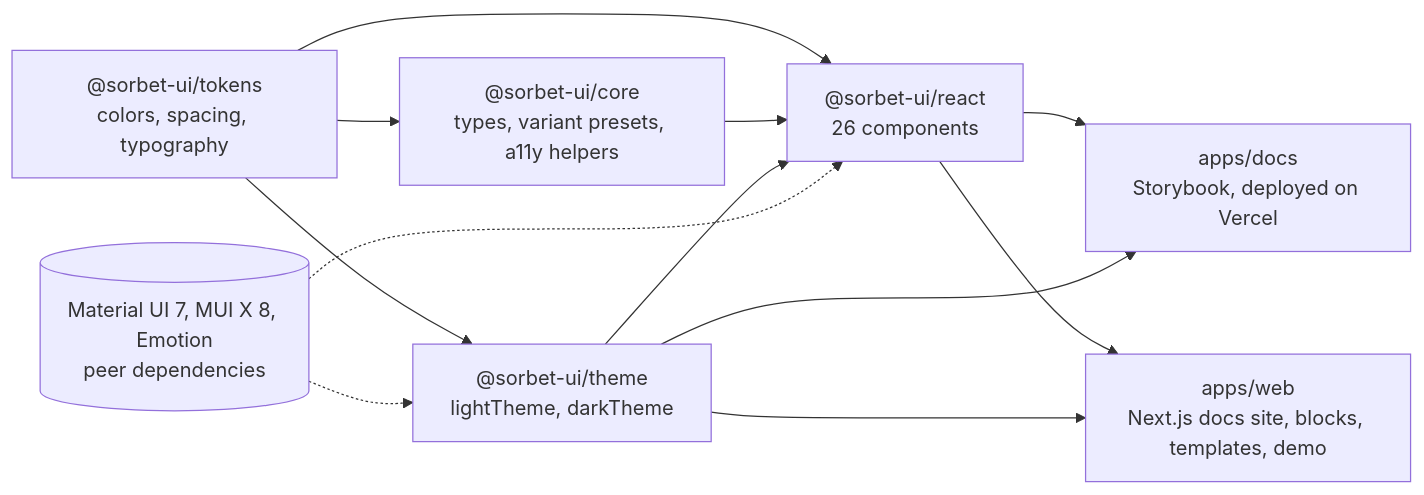
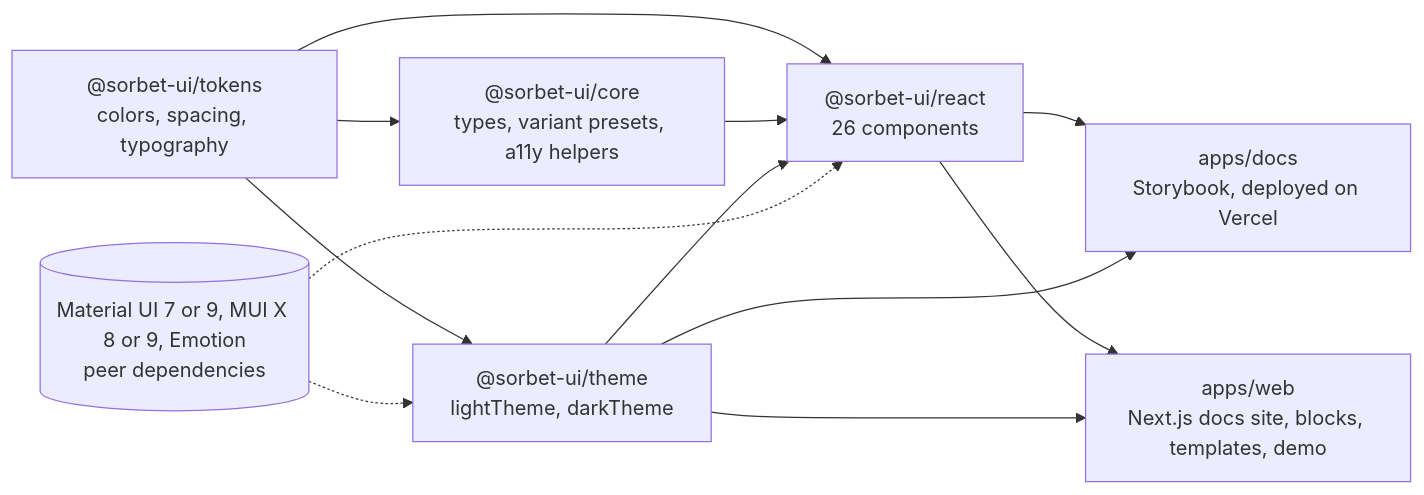
One commit to tahmidbintaslim/sorbet-ui changed the diagram in README.md. Above: the diagram before and after it, drawn with Mermaid. The commit also changed other lines of this file and 4 other files, not shown here.

````diff
--- a/README.md
+++ b/README.md
@@ -214,22 +214,22 @@
 ```mermaid
 flowchart LR
   tokens["@sorbet-ui/tokens<br/>colors, spacing, typography"]
   core["@sorbet-ui/core<br/>types, variant presets, a11y helpers"]
   theme["@sorbet-ui/theme<br/>lightTheme, darkTheme"]
   react["@sorbet-ui/react<br/>26 components"]
-  mui[("Material UI 7, MUI X 8, Emotion<br/>peer dependencies")]
+  mui[("Material UI 7 or 9, MUI X 8 or 9, Emotion<br/>peer dependencies")]
   docs["apps/docs<br/>Storybook, deployed on Vercel"]
   web["apps/web<br/>Next.js docs site, blocks, templates, demo"]
 
   tokens --> core
   tokens --> theme
   tokens --> react
   core --> react
   theme --> react
   mui -.-> theme
   mui -.-> react
   react --> docs
   theme --> docs
   react --> web
   theme --> web
 ```
````
